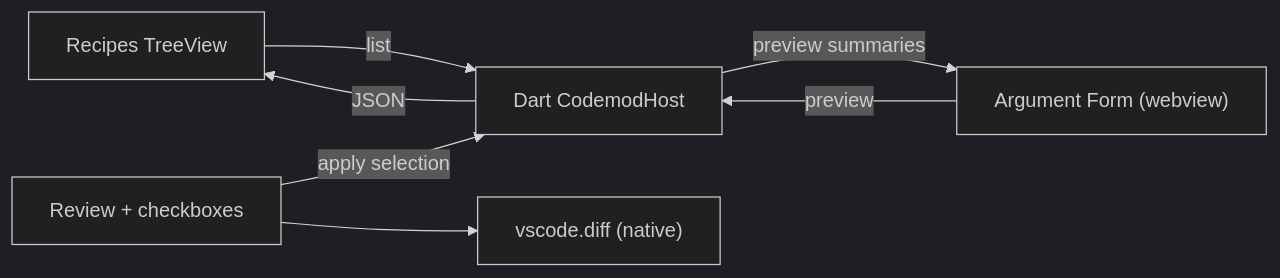
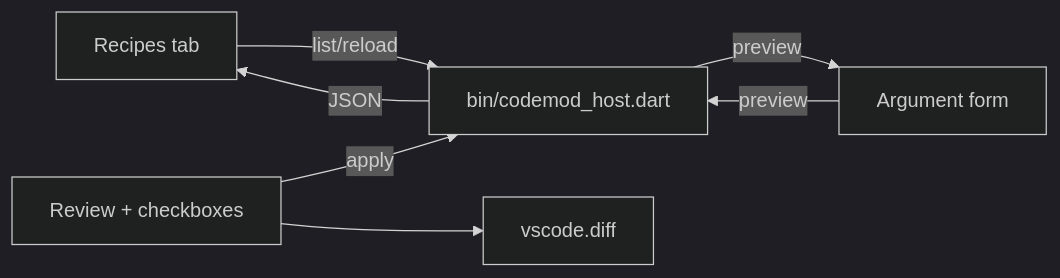
One commit to c4rl2s0n/CodemodRecipe changed the diagram in vscode_extension/README.md. Above: the diagram before and after it, drawn with Mermaid (dark theme). The commit also changed other lines of this file and 31 other files, not shown here.

````diff
--- a/vscode_extension/README.md
+++ b/vscode_extension/README.md
@@ -12,9 +12,9 @@
 ```mermaid
 flowchart LR
-    Tree["Recipes TreeView"] -->|list| Host
-    Form["Argument Form (webview)"] -->|preview| Host
-    Review["Review + checkboxes"] -->|apply selection| Host
-    Host["Dart CodemodHost"] -->|JSON| Tree
-    Host -->|preview summaries| Form
-    Review --> Diff["vscode.diff (native)"]
+    RecipesTab["Recipes tab"] -->|list/reload| Host
+    Form["Argument form"] -->|preview| Host
+    Review["Review + checkboxes"] -->|apply| Host
+    Host["bin/codemod_host.dart"] -->|JSON| RecipesTab
+    Host -->|preview| Form
+    Review --> Diff["vscode.diff"]
 ```
````
